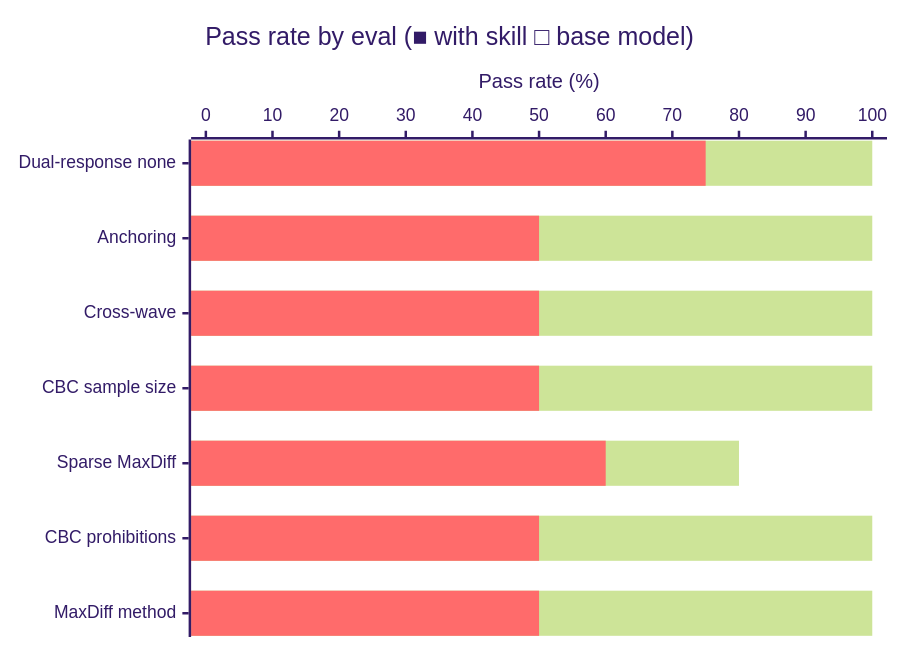
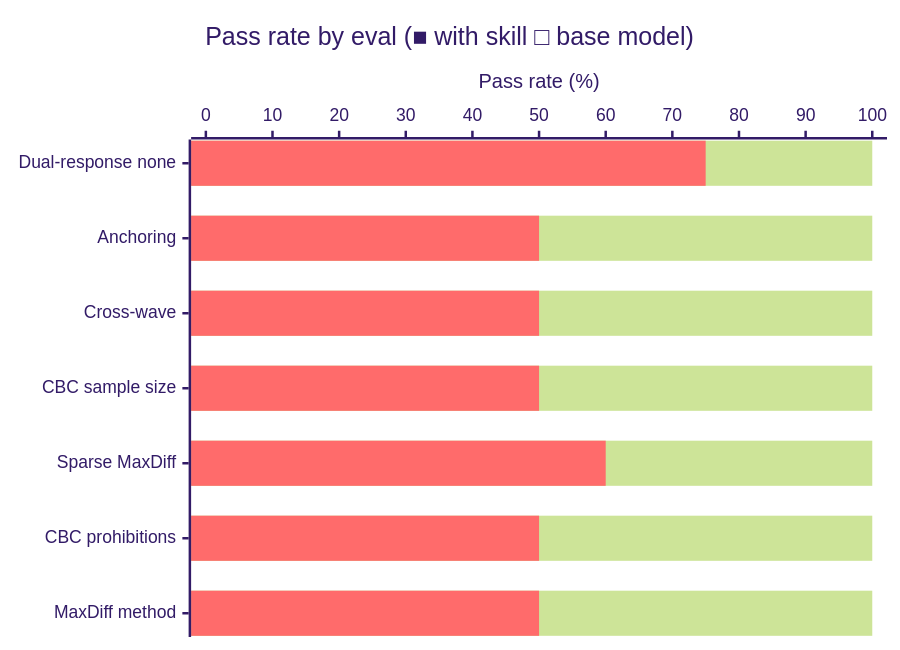
One commit to JacobElder/jakes-skills changed the diagram in preference-choice-modeling/README.md. Above: the diagram before and after it, drawn with Mermaid (forest theme). The commit also changed other lines of this file and 12 other files, not shown here.

````diff
--- a/preference-choice-modeling/README.md
+++ b/preference-choice-modeling/README.md
@@ -170,8 +170,8 @@
 ```mermaid
 xychart-beta horizontal
     title "Pass rate by eval (■ with skill  □ base model)"
     x-axis ["Dual-response none", "Anchoring", "Cross-wave", "CBC sample size", "Sparse MaxDiff", "CBC prohibitions", "MaxDiff method"]
     y-axis "Pass rate (%)" 0 --> 100
-    bar [100, 100, 100, 100, 80, 100, 100]
+    bar [100, 100, 100, 100, 100, 100, 100]
     bar [75, 50, 50, 50, 60, 50, 50]
 ```
````
